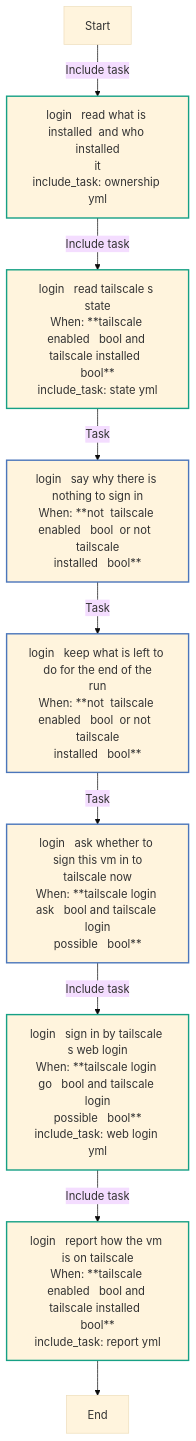
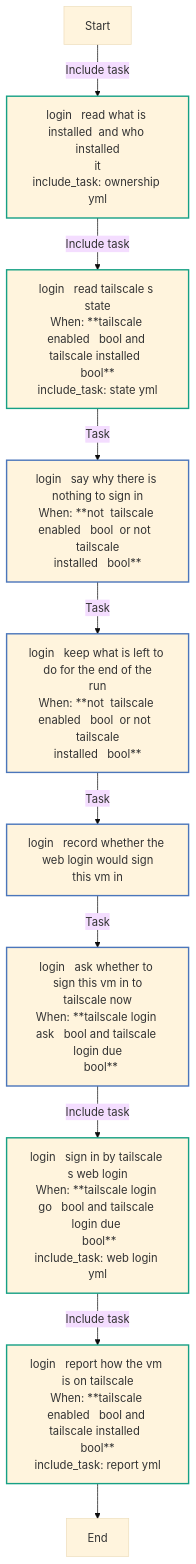
Before and after one commit to kawadeomkar/claude-on-proxmox: the sixth of 13 diagrams in docs/reference/roles/tailscale.md, drawn with Mermaid (base theme). The commit also changed other lines of this file and 20 other files, not shown here.

````diff
--- a/docs/reference/roles/tailscale.md
+++ b/docs/reference/roles/tailscale.md
@@ -382,21 +383,22 @@
 ```mermaid
 flowchart TD
 Start
 classDef block stroke:#3498db,stroke-width:2px;
 classDef task stroke:#4b76bb,stroke-width:2px;
 classDef includeTasks stroke:#16a085,stroke-width:2px;
 classDef importTasks stroke:#34495e,stroke-width:2px;
 classDef includeRole stroke:#2980b9,stroke-width:2px;
 classDef importRole stroke:#699ba7,stroke-width:2px;
 classDef includeVars stroke:#8e44ad,stroke-width:2px;
 classDef rescue stroke:#665352,stroke-width:2px;
 
   Start-->|Include task| login___Read_what_is_installed__and_who_installed_it_ownership_yml_0[login   read what is installed  and who installed<br>it<br>include_task: ownership yml]:::includeTasks
   login___Read_what_is_installed__and_who_installed_it_ownership_yml_0-->|Include task| login___Read_Tailscale_s_state_state_yml_1[login   read tailscale s state<br>When: **tailscale enabled   bool and tailscale installed  <br>bool**<br>include_task: state yml]:::includeTasks
   login___Read_Tailscale_s_state_state_yml_1-->|Task| login___Say_why_there_is_nothing_to_sign_in2[login   say why there is nothing to sign in<br>When: **not  tailscale enabled   bool  or not  tailscale<br>installed   bool**]:::task
   login___Say_why_there_is_nothing_to_sign_in2-->|Task| login___Keep_what_is_left_to_do_for_the_end_of_the_run3[login   keep what is left to do for the end of the<br>run<br>When: **not  tailscale enabled   bool  or not  tailscale<br>installed   bool**]:::task
-  login___Keep_what_is_left_to_do_for_the_end_of_the_run3-->|Task| login___Ask_whether_to_sign_this_VM_in_to_Tailscale_now4[login   ask whether to sign this vm in to<br>tailscale now<br>When: **tailscale login ask   bool and tailscale login<br>possible   bool**]:::task
-  login___Ask_whether_to_sign_this_VM_in_to_Tailscale_now4-->|Include task| login___Sign_in_by_Tailscale_s_web_login_web_login_yml_5[login   sign in by tailscale s web login<br>When: **tailscale login go   bool and tailscale login<br>possible   bool**<br>include_task: web login yml]:::includeTasks
-  login___Sign_in_by_Tailscale_s_web_login_web_login_yml_5-->|Include task| login___Report_how_the_VM_is_on_Tailscale_report_yml_6[login   report how the vm is on tailscale<br>When: **tailscale enabled   bool and tailscale installed  <br>bool**<br>include_task: report yml]:::includeTasks
-  login___Report_how_the_VM_is_on_Tailscale_report_yml_6-->End
+  login___Keep_what_is_left_to_do_for_the_end_of_the_run3-->|Task| login___Record_whether_the_web_login_would_sign_this_VM_in4[login   record whether the web login would sign<br>this vm in]:::task
+  login___Record_whether_the_web_login_would_sign_this_VM_in4-->|Task| login___Ask_whether_to_sign_this_VM_in_to_Tailscale_now5[login   ask whether to sign this vm in to<br>tailscale now<br>When: **tailscale login ask   bool and tailscale login due<br>  bool**]:::task
+  login___Ask_whether_to_sign_this_VM_in_to_Tailscale_now5-->|Include task| login___Sign_in_by_Tailscale_s_web_login_web_login_yml_6[login   sign in by tailscale s web login<br>When: **tailscale login go   bool and tailscale login due <br> bool**<br>include_task: web login yml]:::includeTasks
+  login___Sign_in_by_Tailscale_s_web_login_web_login_yml_6-->|Include task| login___Report_how_the_VM_is_on_Tailscale_report_yml_7[login   report how the vm is on tailscale<br>When: **tailscale enabled   bool and tailscale installed  <br>bool**<br>include_task: report yml]:::includeTasks
+  login___Report_how_the_VM_is_on_Tailscale_report_yml_7-->End
 ```
````
